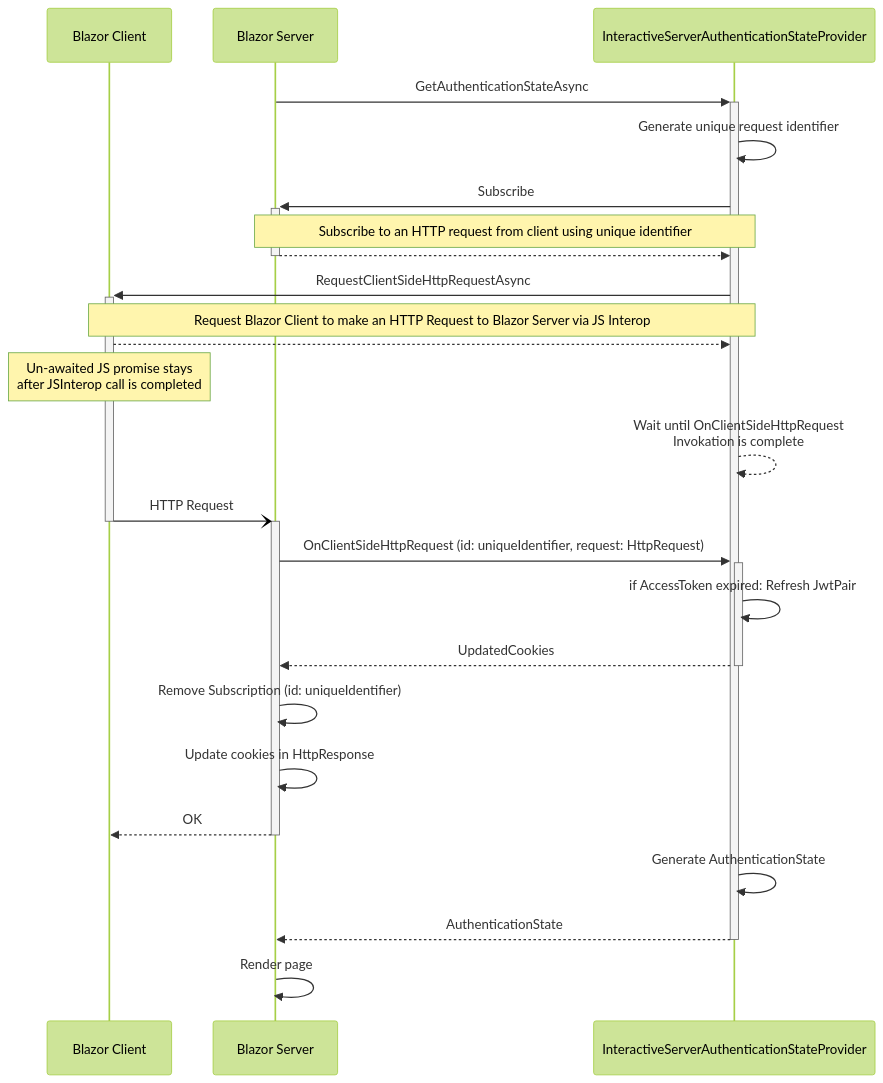
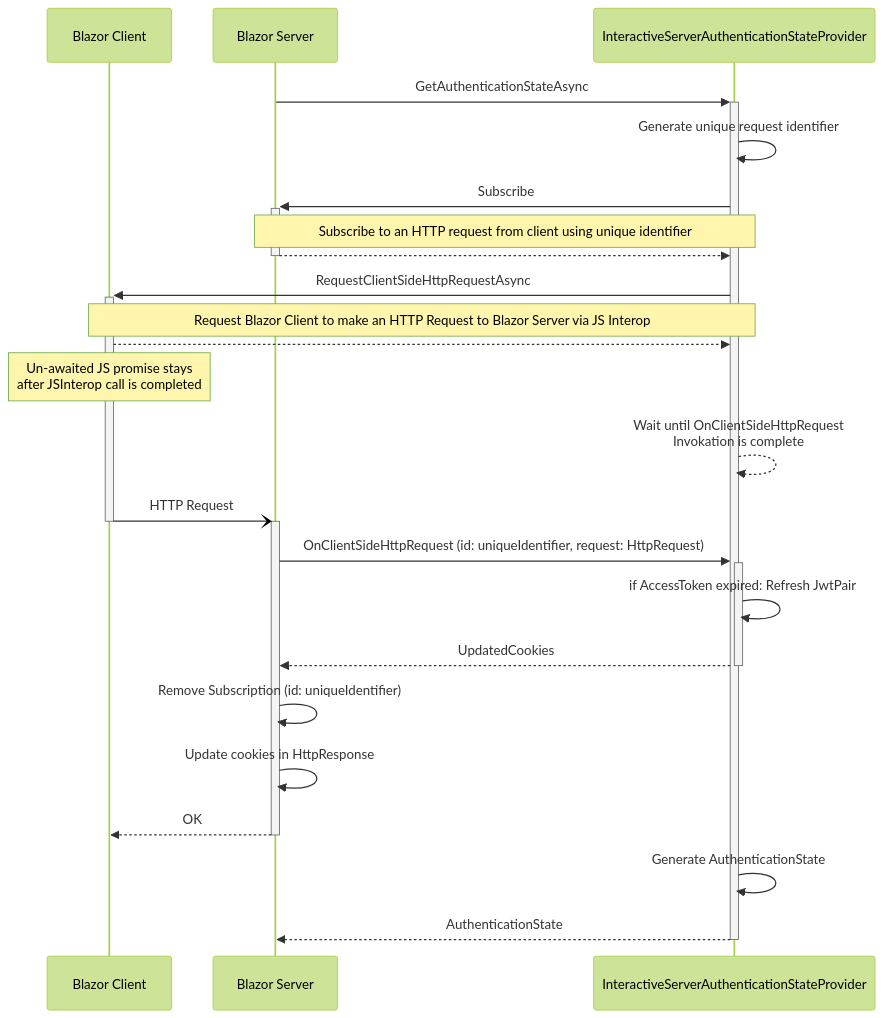
Before and after one commit to BitzArt/Blazor.Auth: the second of 2 diagrams in docs/src/05.architecture.md, drawn with Mermaid (forest theme).

````diff
--- a/docs/src/05.architecture.md
+++ b/docs/src/05.architecture.md
@@ -34,31 +34,30 @@
 ```mermaid 
 sequenceDiagram
 
 participant client as Blazor Client
 participant server as Blazor Server
 participant provider as InteractiveServerAuthenticationStateProvider
 
 server ->>+ provider: GetAuthenticationStateAsync
 provider ->> provider: Generate unique request identifier
 provider ->>+ server: Subscribe
 note over server,provider: Subscribe to an HTTP request from client using unique identifier
 server -->>- provider: 
 
 provider ->>+ client: RequestClientSideHttpRequestAsync
 note over client,provider: Request Blazor Client to make an HTTP Request to Blazor Server via JS Interop
 client -->> provider: 
 
 note over client: Un-awaited JS promise stays<br/>after JSInterop call is completed
 provider -->> provider: Wait until OnClientSideHttpRequest<br/>Invokation is complete
 client -)+ server: HTTP Request
 deactivate client
 server ->>+ provider: OnClientSideHttpRequest (id: uniqueIdentifier, request: HttpRequest)
 provider ->> provider: if AccessToken expired: Refresh JwtPair
 provider -->>- server: UpdatedCookies
 server ->> server: Remove Subscription (id: uniqueIdentifier)
 server ->> server: Update cookies in HttpResponse
 server -->>- client: OK
 provider ->> provider: Generate AuthenticationState
 provider -->>- server: AuthenticationState
-server ->> server: Render page
 ```
````
